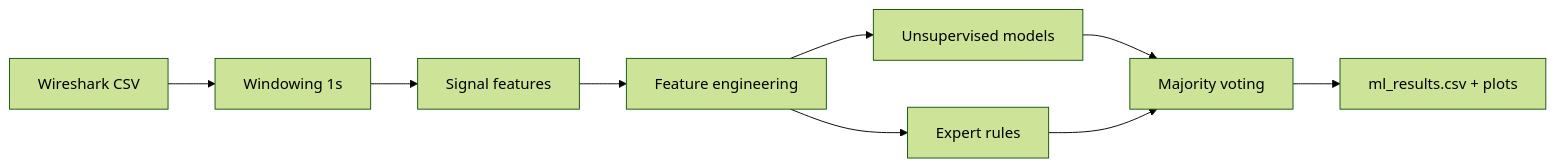
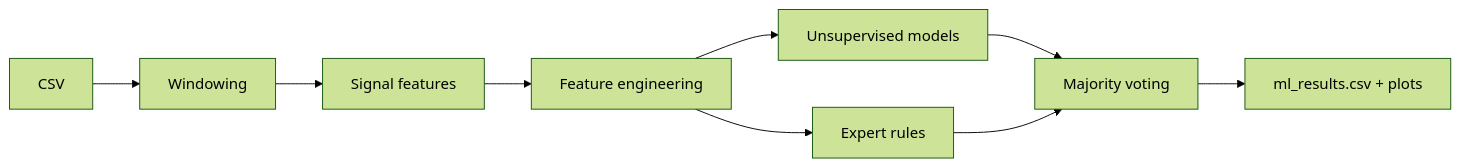
Before and after one commit to zedparsa/Flowsense-ids: the diagram in README.md, drawn with Mermaid (forest theme).

````diff
--- a/README.md
+++ b/README.md
@@ -41,11 +41,11 @@
 ```mermaid
     flowchart LR
-      A[Wireshark CSV] --> B[Windowing 1s]
+      A[CSV] --> B[Windowing]
       B --> C[Signal features]
       C --> D[Feature engineering]
       D --> E[Unsupervised models]
       D --> F[Expert rules]
       E --> G[Majority voting]
       F --> G
       G --> H[ml_results.csv + plots]
 ```
````
